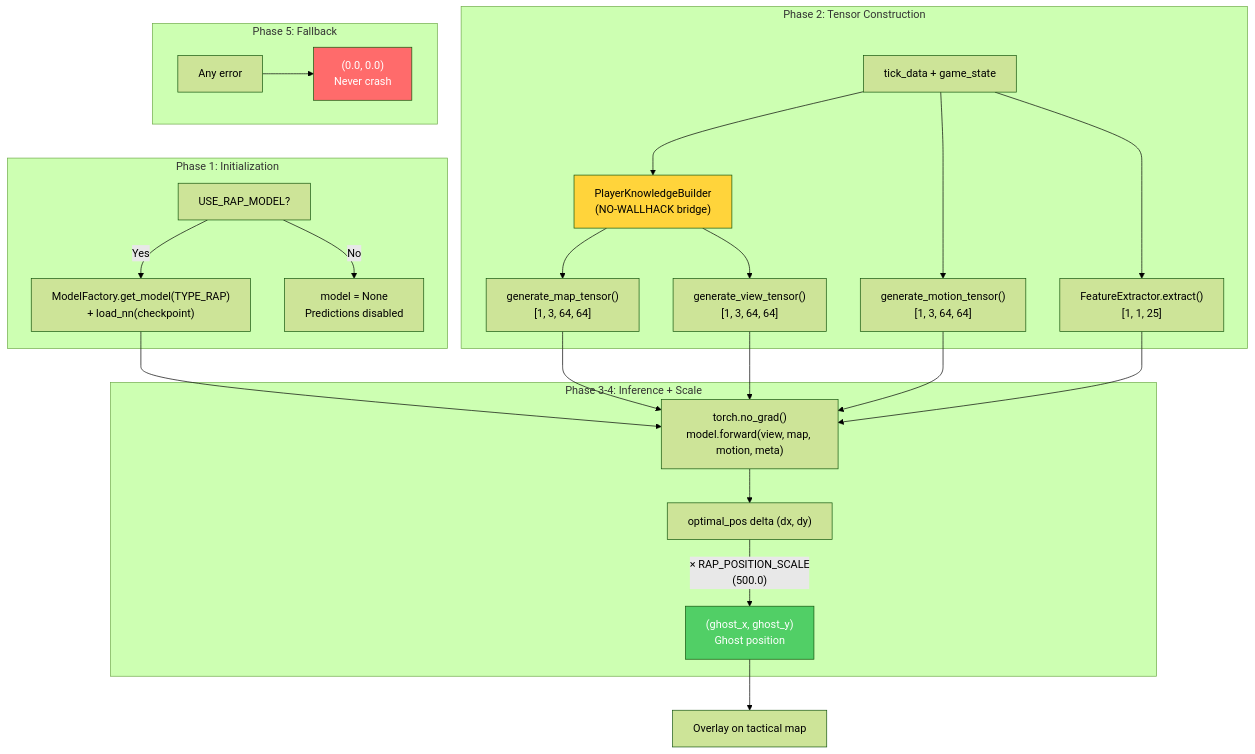
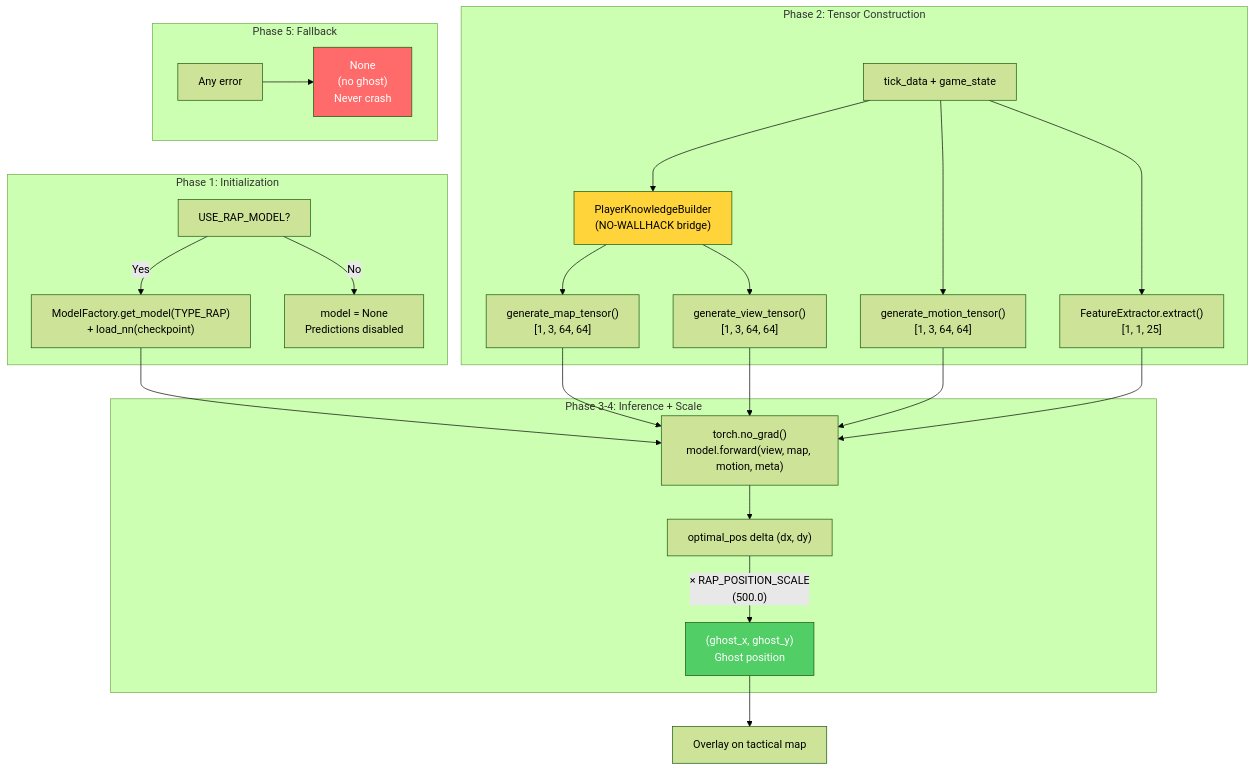
One commit to renanaugustomacena-ux/Counter-Strike-coach-AI changed diagram 11 of 16 in docs/books/Book-Coach-1B-en.md. Above: the diagram before and after it, drawn with Mermaid (forest theme). The commit also changed other lines of this file and 36 other files, not shown here.

````diff
--- a/docs/books/Book-Coach-1B-en.md
+++ b/docs/books/Book-Coach-1B-en.md
@@ -533,32 +534,32 @@
 ```mermaid
 flowchart TB
     subgraph INIT["Phase 1: Initialization"]
         CFG["USE_RAP_MODEL?"] -->|Yes| LOAD["ModelFactory.get_model(TYPE_RAP)<br/>+ load_nn(checkpoint)"]
         CFG -->|No| SKIP["model = None<br/>Predictions disabled"]
     end
     subgraph BUILD["Phase 2: Tensor Construction"]
         TD["tick_data + game_state"]
         TD --> PK["PlayerKnowledgeBuilder<br/>(NO-WALLHACK bridge)"]
         PK --> MAP_T["generate_map_tensor()<br/>[1, 3, 64, 64]"]
         PK --> VIEW_T["generate_view_tensor()<br/>[1, 3, 64, 64]"]
         TD --> MOT_T["generate_motion_tensor()<br/>[1, 3, 64, 64]"]
         TD --> META_T["FeatureExtractor.extract()<br/>[1, 1, 25]"]
     end
     subgraph INFER["Phase 3-4: Inference + Scale"]
         LOAD --> FWD["torch.no_grad()<br/>model.forward(view, map, motion, meta)"]
         MAP_T --> FWD
         VIEW_T --> FWD
         MOT_T --> FWD
         META_T --> FWD
         FWD --> DELTA["optimal_pos delta (dx, dy)"]
         DELTA -->|"× RAP_POSITION_SCALE<br/>(500.0)"| GHOST["(ghost_x, ghost_y)<br/>Ghost position"]
     end
     subgraph FALLBACK["Phase 5: Fallback"]
-        ERR["Any error"] --> SAFE["(0.0, 0.0)<br/>Never crash"]
+        ERR["Any error"] --> SAFE["None<br/>(no ghost)<br/>Never crash"]
     end
     GHOST --> RENDER["Overlay on tactical map"]
 
     style SAFE fill:#ff6b6b,color:#fff
     style GHOST fill:#51cf66,color:#fff
     style PK fill:#ffd43b,color:#000
 ```
````
